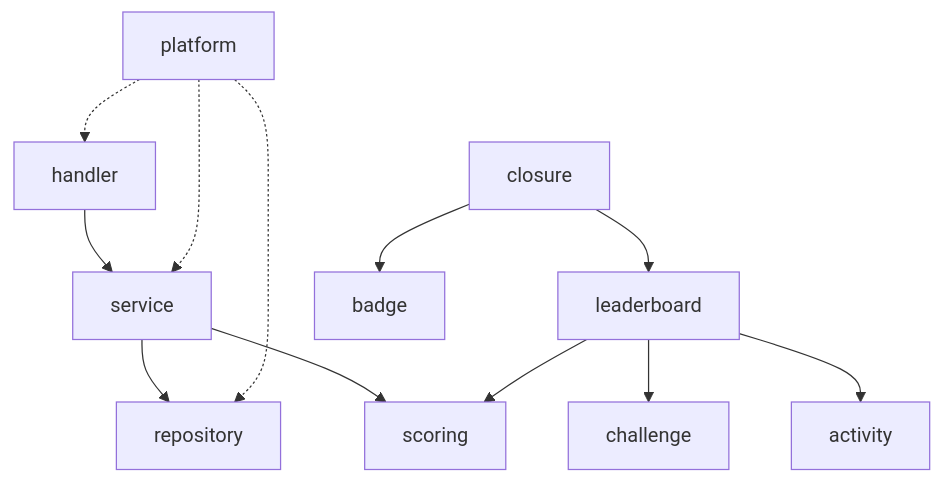
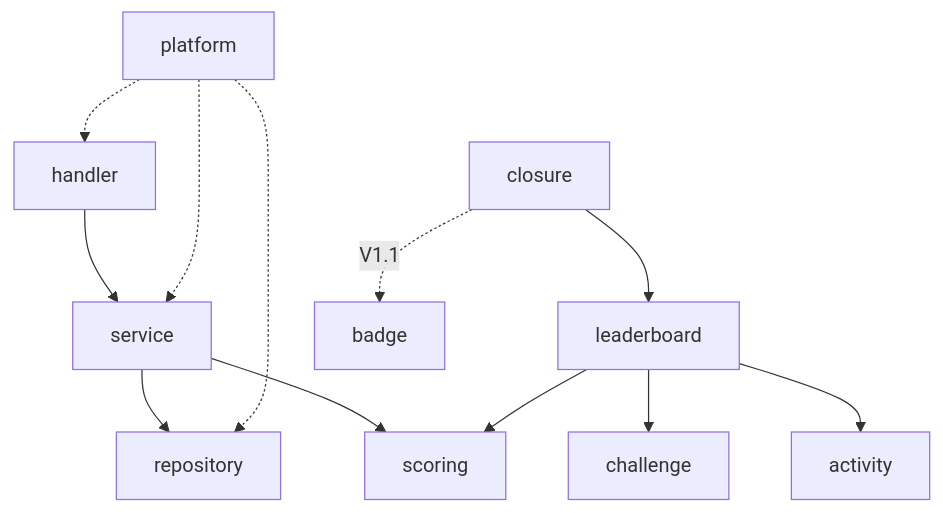
One commit to damchi/sport-challenge-api changed the second of 2 diagrams in README.md. Above: the diagram before and after it, drawn with Mermaid. The commit also changed other lines of this file, not shown here.

````diff
--- a/README.md
+++ b/README.md
@@ -353,12 +368,12 @@
 ```mermaid
 flowchart TD
   H[handler] --> S[service]
   S --> R[repository]
   S --> SC[scoring]
   LB[leaderboard] --> CH[challenge]
   LB --> AC[activity]
   LB --> SC
   CL[closure] --> LB
-  CL --> BG[badge]
+  CL -.->|V1.1| BG[badge]
   PL[platform] -.-> H & S & R
 ```
````
